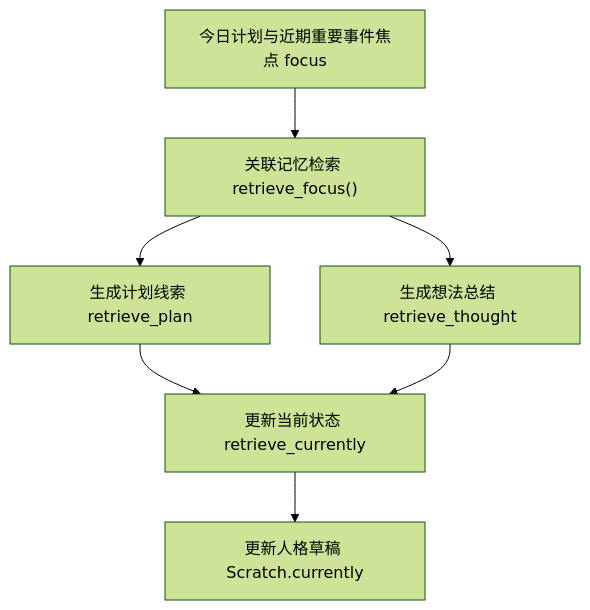
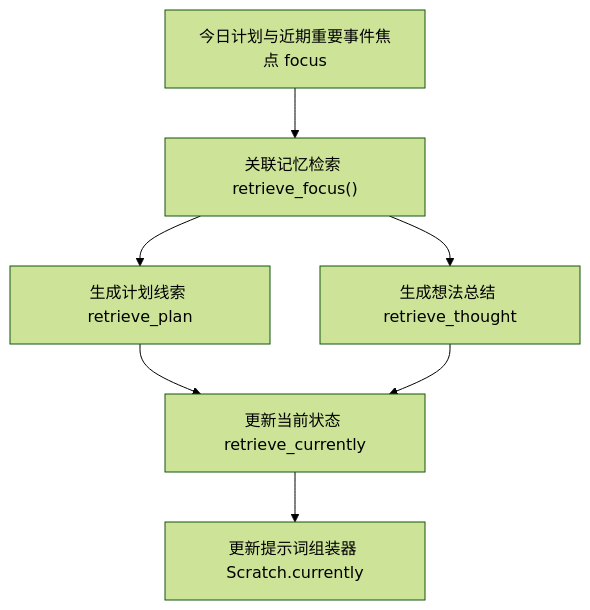
Before and after one commit to tbkken/GenerativeAgentsCN: the fifth of 16 diagrams in docs/book/manuscript/part_03/chapter_19.md, drawn with Mermaid (forest theme). The commit also changed other lines of this file and 51 other files, not shown here.

````diff
--- a/docs/book/manuscript/part_03/chapter_19.md
+++ b/docs/book/manuscript/part_03/chapter_19.md
@@ -387,9 +387,9 @@
 ```mermaid
 flowchart TD
     Focus["今日计划与近期重要事件焦点 focus"] --> Retrieve["关联记忆检索 retrieve_focus()"]
     Retrieve --> Plan["生成计划线索 retrieve_plan"]
     Retrieve --> Thought["生成想法总结 retrieve_thought"]
     Plan --> Current["更新当前状态 retrieve_currently"]
     Thought --> Current
-    Current --> Scratch["更新人格草稿 Scratch.currently"]
+    Current --> Scratch["更新提示词组装器 Scratch.currently"]
 ```
````
